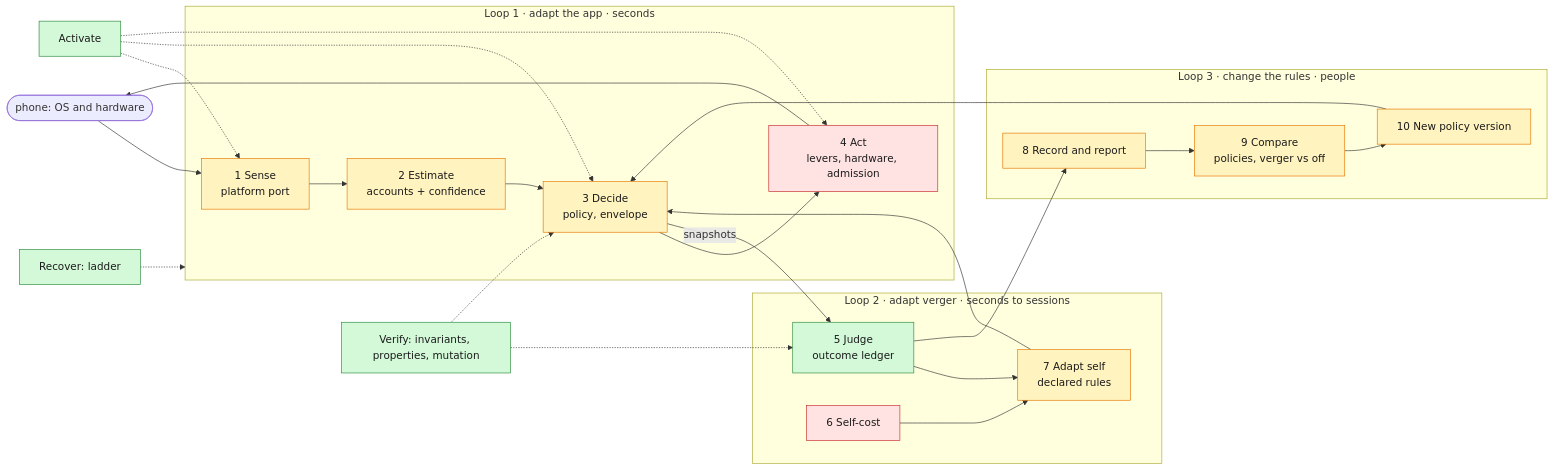
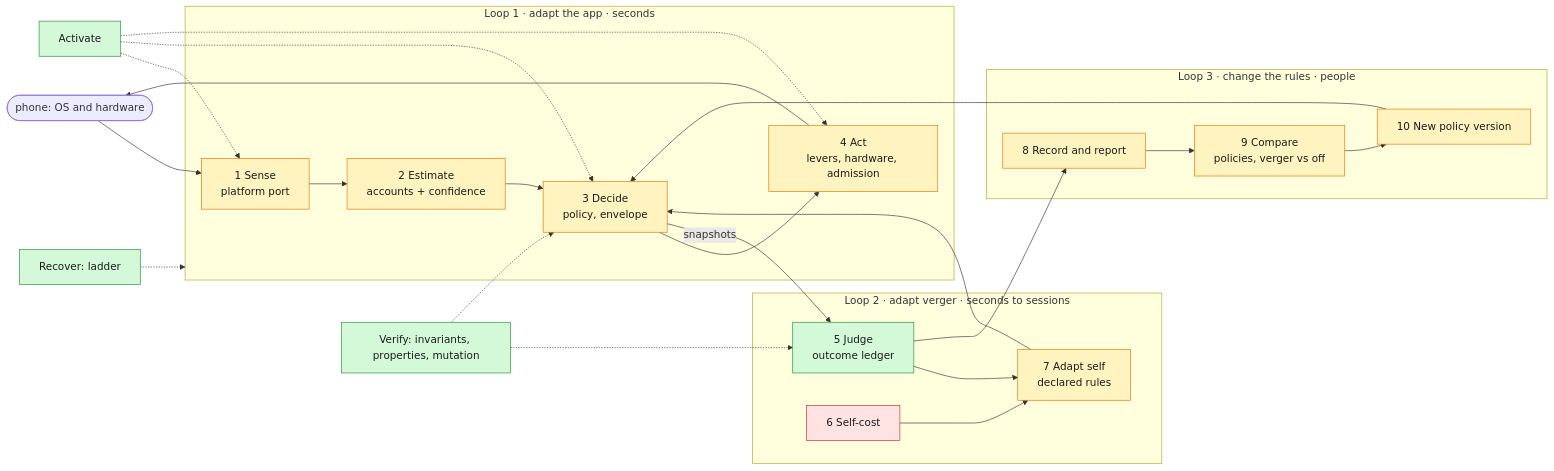
One commit to NeevSK/EdLove changed the diagram in docs/engineering/runtime-performance/verger/pipeline.md. Above: the diagram before and after it, drawn with Mermaid. The commit also changed other lines of this file and 8 other files, not shown here.

````diff
--- a/docs/engineering/runtime-performance/verger/pipeline.md
+++ b/docs/engineering/runtime-performance/verger/pipeline.md
@@ -46,35 +47,35 @@
 ```mermaid
 flowchart LR
   classDef built fill:#d3f9d8,stroke:#2b8a3e,color:#1b1b1b
   classDef partial fill:#fff3bf,stroke:#e67700,color:#1b1b1b
   classDef missing fill:#ffe3e3,stroke:#c92a2a,color:#1b1b1b
 
   phone(["phone: OS and hardware"])
   subgraph L1["Loop 1 · adapt the app · seconds"]
     S1["1 Sense<br/>platform port"]:::partial
     S2["2 Estimate<br/>accounts + confidence"]:::partial
     S3["3 Decide<br/>policy, envelope"]:::partial
-    S4["4 Act<br/>levers, hardware, admission"]:::missing
+    S4["4 Act<br/>levers, hardware, admission"]:::partial
   end
   subgraph L2["Loop 2 · adapt verger · seconds to sessions"]
     S5["5 Judge<br/>outcome ledger"]:::built
     S6["6 Self-cost"]:::missing
     S7["7 Adapt self<br/>declared rules"]:::partial
   end
   subgraph L3["Loop 3 · change the rules · people"]
     S8["8 Record and report"]:::partial
     S9["9 Compare<br/>policies, verger vs off"]:::partial
     S10["10 New policy version"]:::partial
   end
   ACT["Activate"]:::built
   REC["Recover: ladder"]:::built
   VER["Verify: invariants, properties, mutation"]:::built
 
   phone --> S1 --> S2 --> S3 --> S4 --> phone
   S3 -- snapshots --> S5 --> S7
   S6 --> S7 --> S3
   S5 --> S8 --> S9 --> S10 --> S3
   ACT -.-> S1 & S3 & S4
   REC -.-> L1
   VER -.-> S3 & S5
 ```
````
